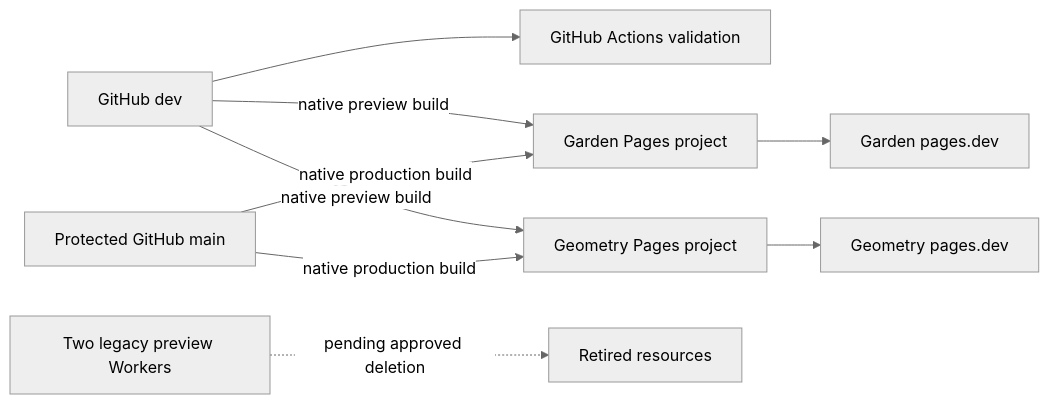
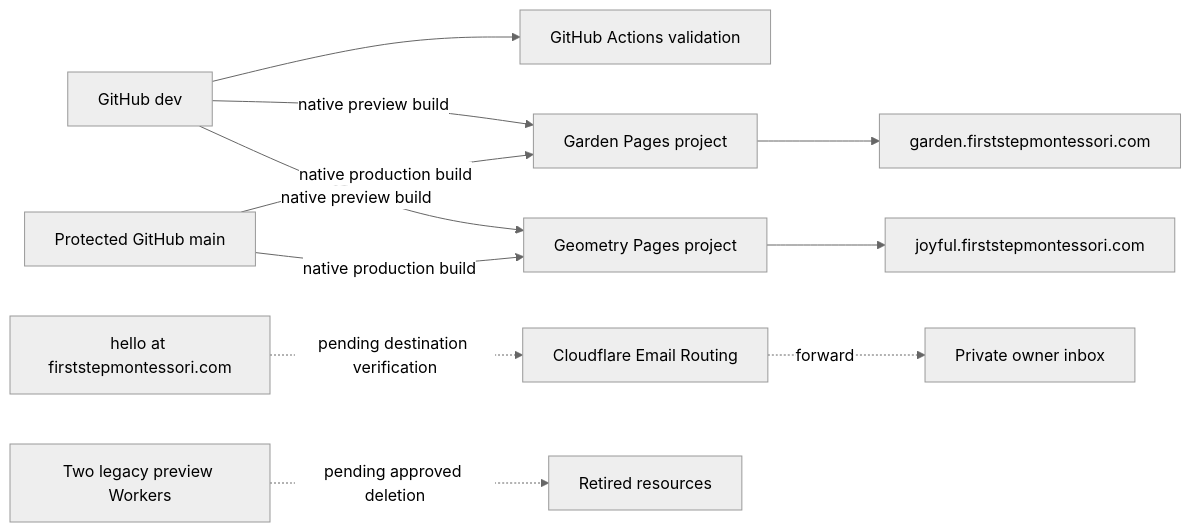
Before and after one commit to firststepmontessori/firststepmontessori: the diagram in docs/20-integrations-deployment-record.md, drawn with Mermaid (neutral theme). The commit also changed other lines of this file and 7 other files, not shown here.

Commit message:
docs: record custom domains and email routing

````diff
--- a/docs/20-integrations-deployment-record.md
+++ b/docs/20-integrations-deployment-record.md
@@ -10,11 +10,13 @@
 ```mermaid
 flowchart LR
     Dev[GitHub dev] --> Validation[GitHub Actions validation]
     Dev -->|native preview build| Garden[Garden Pages project]
     Dev -->|native preview build| Geometry[Geometry Pages project]
     Main[Protected GitHub main] -->|native production build| Garden
     Main -->|native production build| Geometry
-    Garden --> GardenURL[Garden pages.dev]
-    Geometry --> GeometryURL[Geometry pages.dev]
+    Garden --> GardenURL[garden.firststepmontessori.com]
+    Geometry --> GeometryURL[joyful.firststepmontessori.com]
+    Mail[hello at firststepmontessori.com] -. pending destination verification .-> Route[Cloudflare Email Routing]
+    Route -. forward .-> Inbox[Private owner inbox]
     LegacyWorkers[Two legacy preview Workers] -. pending approved deletion .-> Retirement[Retired resources]
 ```
````
